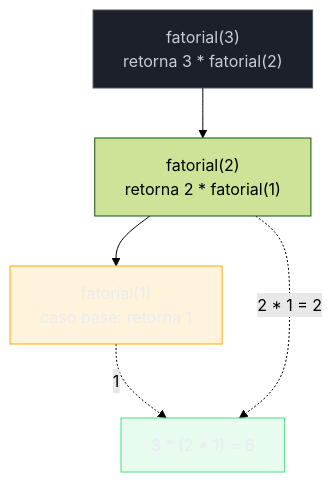
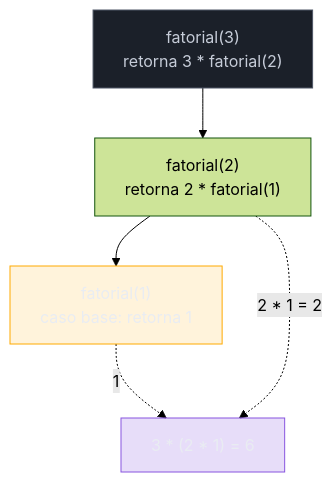
The third of 4 diagrams in 03-Dominios/Ciência/Paradigmas/06 - Composição e recursão.md (josenaldo/codex-technomanticus), drawn with Mermaid (forest theme) before and after one commit. The commit also changed other lines of this file and 601 other files, not shown here.

````diff
--- a/03-Dominios/Ciência/Paradigmas/06 - Composição e recursão.md
+++ b/03-Dominios/Ciência/Paradigmas/06 - Composição e recursão.md
@@ -184,13 +184,13 @@
 ```mermaid
 flowchart TD
+  classDef marca fill:#8855DF33,stroke:#8855DF,color:#E9ECF2
   classDef neutro fill:#1B2029,stroke:#4E5666,color:#C6CCD8
   classDef destaque fill:#FFAA0024,stroke:#FFAA00,color:#E9ECF2
-  classDef ok fill:#4ADE8021,stroke:#4ADE80,color:#E9ECF2
   A["fatorial(3)<br/>retorna 3 * fatorial(2)"] --> B["fatorial(2)<br/>retorna 2 * fatorial(1)"]
   B --> C["fatorial(1)<br/>caso base: retorna 1"]
   C -.->|"1"| B2["3 * (2 * 1) = 6"]
   B -.->|"2 * 1 = 2"| B2
   class A neutro
   class C destaque
-  class B2 ok
+  class B2 marca
 ```
````
